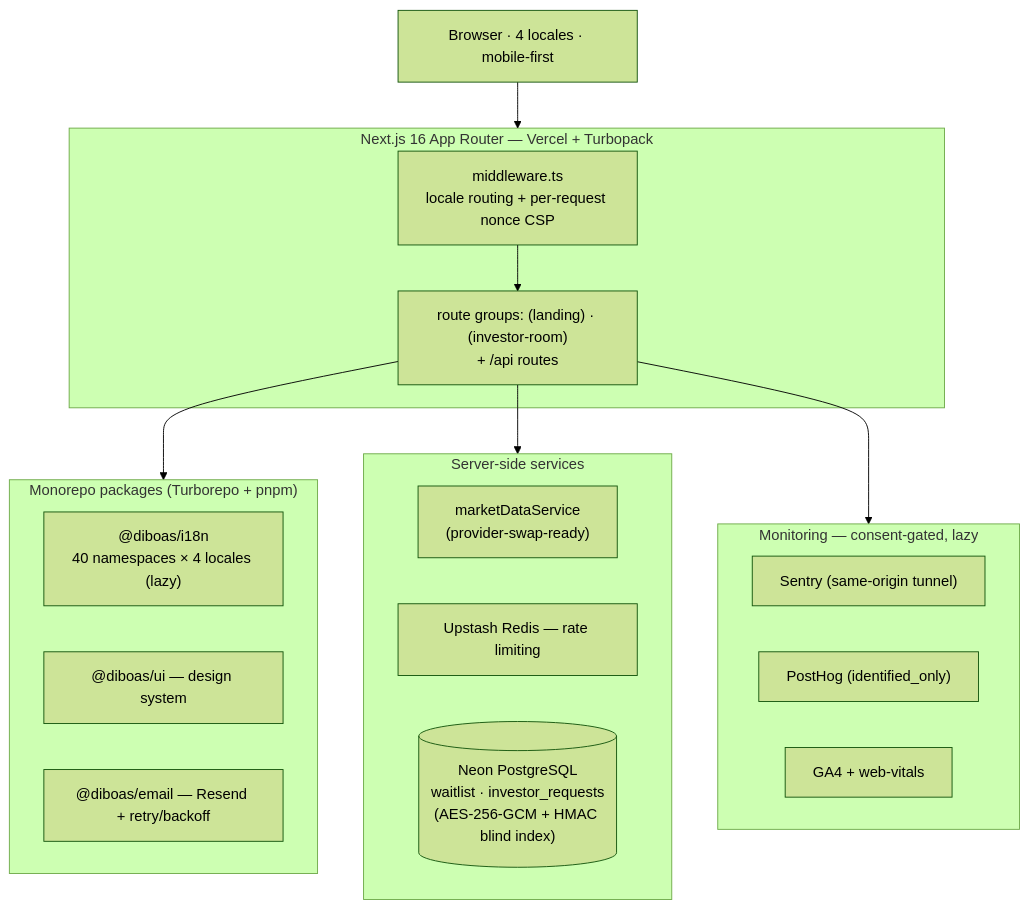
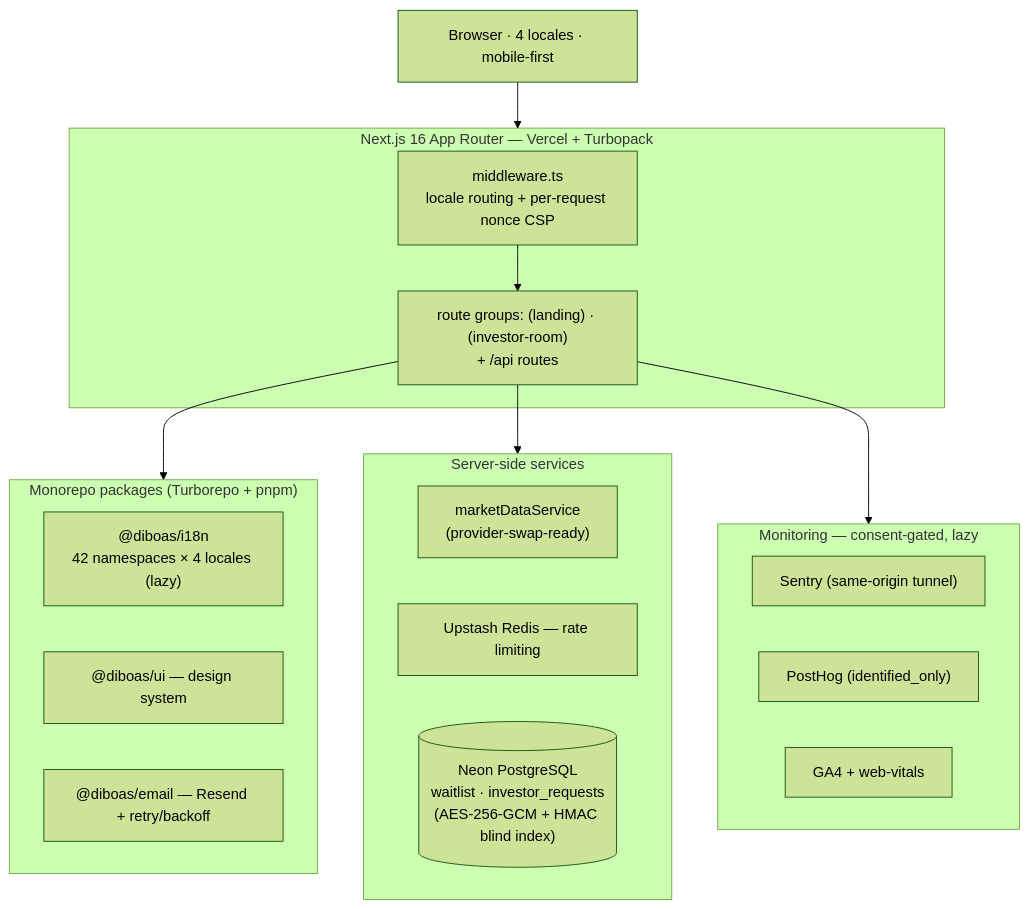
One commit to bribeirobr25/diboas-platform changed the diagram in README.md. Above: the diagram before and after it, drawn with Mermaid (forest theme). The commit also changed other lines of this file and 219 other files, not shown here.

````diff
--- a/README.md
+++ b/README.md
@@ -31,32 +31,32 @@
 ```mermaid
 flowchart TD
   Client["Browser · 4 locales · mobile-first"] --> Edge
 
   subgraph Edge["Next.js 16 App Router — Vercel + Turbopack"]
     MW["middleware.ts<br/>locale routing + per-request nonce CSP"]
     Pages["route groups: (landing) · (investor-room)<br/>+ /api routes"]
     MW --> Pages
   end
 
   subgraph Packages["Monorepo packages (Turborepo + pnpm)"]
-    I18N["@diboas/i18n<br/>40 namespaces × 4 locales (lazy)"]
+    I18N["@diboas/i18n<br/>42 namespaces × 4 locales (lazy)"]
     UI["@diboas/ui — design system"]
     EMAIL["@diboas/email — Resend + retry/backoff"]
   end
 
   subgraph Services["Server-side services"]
     MD["marketDataService<br/>(provider-swap-ready)"]
     RL["Upstash Redis — rate limiting"]
     DB[("Neon PostgreSQL<br/>waitlist · investor_requests<br/>(AES-256-GCM + HMAC blind index)")]
   end
 
   subgraph Obs["Monitoring — consent-gated, lazy"]
     SENTRY["Sentry (same-origin tunnel)"]
     PH["PostHog (identified_only)"]
     GA["GA4 + web-vitals"]
   end
 
   Pages --> Packages
   Pages --> Services
   Pages --> Obs
 ```
````
